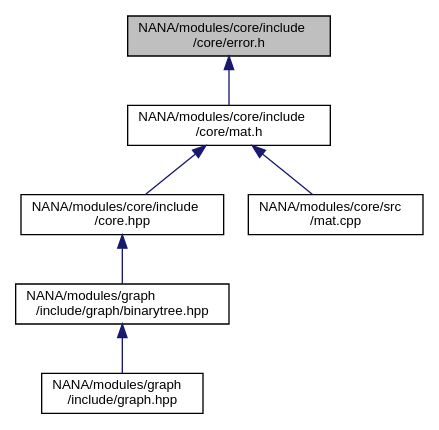
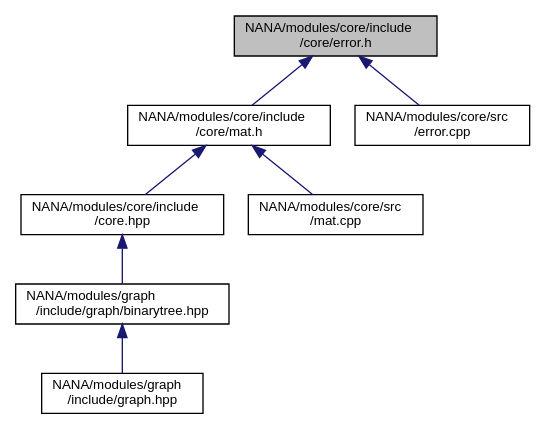
Before and after one commit to YuruTu/NANA: the diagram in docs/error_8h__dep__incl.dot, drawn with Graphviz. The commit also changed 130 other files, not shown here.

```diff
--- a/docs/error_8h__dep__incl.dot
+++ b/docs/error_8h__dep__incl.dot
@@ -1,17 +1,19 @@
 digraph "NANA/modules/core/include/core/error.h"
 {
  // LATEX_PDF_SIZE
   edge [fontname="Helvetica",fontsize="10",labelfontname="Helvetica",labelfontsize="10"];
   node [fontname="Helvetica",fontsize="10",shape=record];
   Node1 [label="NANA/modules/core/include\l/core/error.h",height=0.2,width=0.4,color="black", fillcolor="grey75", style="filled", fontcolor="black",tooltip="用于抛出异常"];
   Node1 -> Node2 [dir="back",color="midnightblue",fontsize="10",style="solid",fontname="Helvetica"];
   Node2 [label="NANA/modules/core/include\l/core/mat.h",height=0.2,width=0.4,color="black", fillcolor="white", style="filled",URL="$mat_8h.html",tooltip="实现一个用于矩阵运算的模板类(仍在实现当中)"];
   Node2 -> Node3 [dir="back",color="midnightblue",fontsize="10",style="solid",fontname="Helvetica"];
   Node3 [label="NANA/modules/core/include\l/core.hpp",height=0.2,width=0.4,color="black", fillcolor="white", style="filled",URL="$core_8hpp.html",tooltip="包含基本的数据结构等"];
   Node3 -> Node4 [dir="back",color="midnightblue",fontsize="10",style="solid",fontname="Helvetica"];
   Node4 [label="NANA/modules/graph\l/include/graph/binarytree.hpp",height=0.2,width=0.4,color="black", fillcolor="white", style="filled",URL="$binarytree_8hpp.html",tooltip="实现二叉树的模板"];
   Node4 -> Node5 [dir="back",color="midnightblue",fontsize="10",style="solid",fontname="Helvetica"];
   Node5 [label="NANA/modules/graph\l/include/graph.hpp",height=0.2,width=0.4,color="black", fillcolor="white", style="filled",URL="$graph_8hpp.html",tooltip="实现图论相关算法"];
   Node2 -> Node6 [dir="back",color="midnightblue",fontsize="10",style="solid",fontname="Helvetica"];
   Node6 [label="NANA/modules/core/src\l/mat.cpp",height=0.2,width=0.4,color="black", fillcolor="white", style="filled",URL="$mat_8cpp.html",tooltip="实现Mat的相关功能"];
+  Node1 -> Node7 [dir="back",color="midnightblue",fontsize="10",style="solid",fontname="Helvetica"];
+  Node7 [label="NANA/modules/core/src\l/error.cpp",height=0.2,width=0.4,color="black", fillcolor="white", style="filled",URL="$error_8cpp_source.html",tooltip=" "];
 }
```
